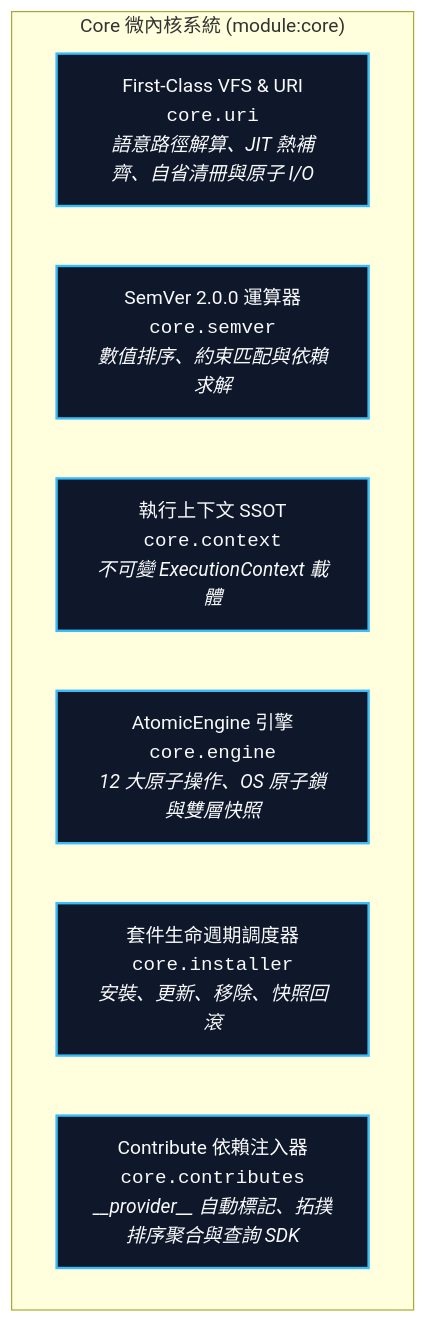
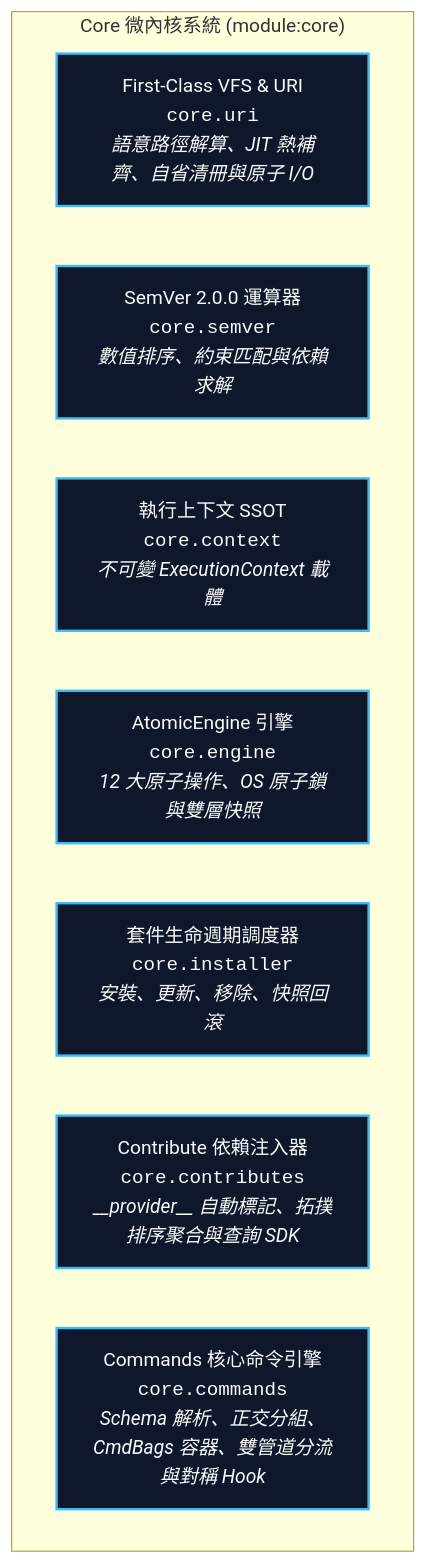
One commit to ysnaive/ys-codebase changed the diagram in docs/core/README.md. Above: the diagram before and after it, drawn with Mermaid. The commit also changed other lines of this file and 30 other files, not shown here.

Commit message:
feat(core): implement core.commands lazy microkernel and recursive dispatch tree

````diff
--- a/docs/core/README.md
+++ b/docs/core/README.md
@@ -13,13 +13,14 @@
 ```mermaid
 graph TD
     classDef sub fill:#0f172a,stroke:#38bdf8,stroke-width:2px,color:#f8fafc;
     
     subgraph CoreModule ["Core 微內核系統 (module:core)"]
         VFS["First-Class VFS & URI<br/><code>core.uri</code><br/><i>語意路徑解算、JIT 熱補齊、自省清冊與原子 I/O</i>"]:::sub
         SemVer["SemVer 2.0.0 運算器<br/><code>core.semver</code><br/><i>數值排序、約束匹配與依賴求解</i>"]:::sub
         Context["執行上下文 SSOT<br/><code>core.context</code><br/><i>不可變 ExecutionContext 載體</i>"]:::sub
         Engine["AtomicEngine 引擎<br/><code>core.engine</code><br/><i>12 大原子操作、OS 原子鎖與雙層快照</i>"]:::sub
         Installer["套件生命週期調度器<br/><code>core.installer</code><br/><i>安裝、更新、移除、快照回滾</i>"]:::sub
         Contributes["Contribute 依賴注入器<br/><code>core.contributes</code><br/><i>__provider__ 自動標記、拓撲排序聚合與查詢 SDK</i>"]:::sub
+        Commands["Commands 核心命令引擎<br/><code>core.commands</code><br/><i>Schema 解析、正交分組、CmdBags 容器、雙管道分流與對稱 Hook</i>"]:::sub
     end
 ```
````
